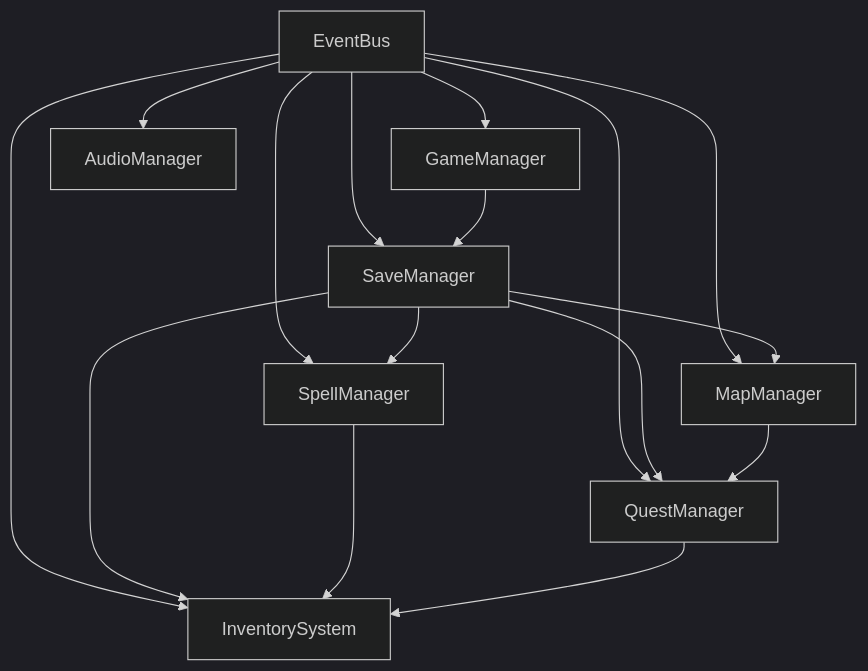
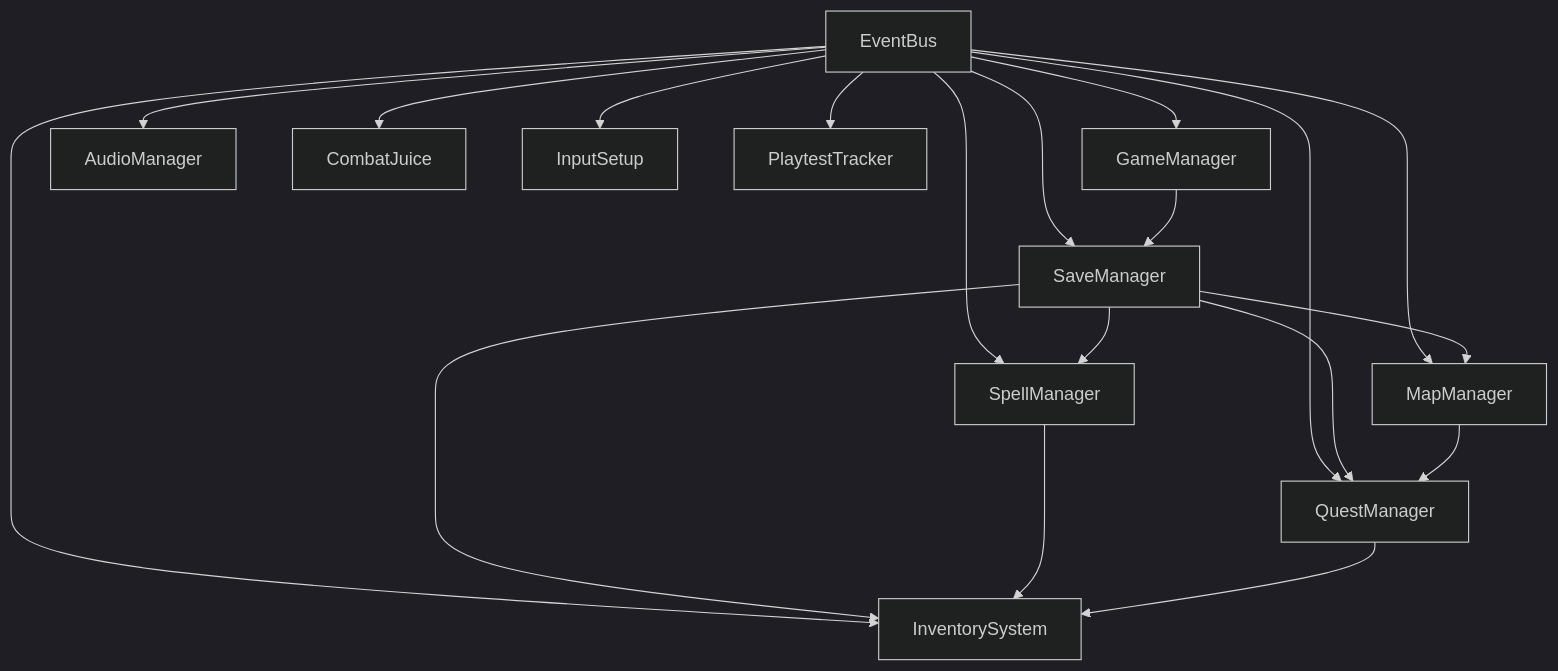
Before and after one commit to ftuyama/arcania: the first of 6 diagrams in docs/08-technical-architecture.md, drawn with Mermaid (dark theme). The commit also changed other lines of this file and 20 other files, not shown here.

````diff
--- a/docs/08-technical-architecture.md
+++ b/docs/08-technical-architecture.md
@@ -266,29 +272,35 @@
 ```mermaid
 flowchart TD
     EB[EventBus]
     GM[GameManager]
     SM[SaveManager]
     AM[AudioManager]
     SPM[SpellManager]
     INV[InventorySystem]
     QM[QuestManager]
     MM[MapManager]
+    CJ[CombatJuice]
+    IS[InputSetup]
+    PT[PlaytestTracker]
 
     EB --> GM
     EB --> SM
     EB --> AM
     EB --> SPM
     EB --> INV
     EB --> QM
     EB --> MM
+    EB --> CJ
+    EB --> IS
+    EB --> PT
 
     GM --> SM
     SM --> SPM
     SM --> INV
     SM --> QM
     SM --> MM
 
     SPM --> INV
     QM --> INV
     MM --> QM
 ```
````
